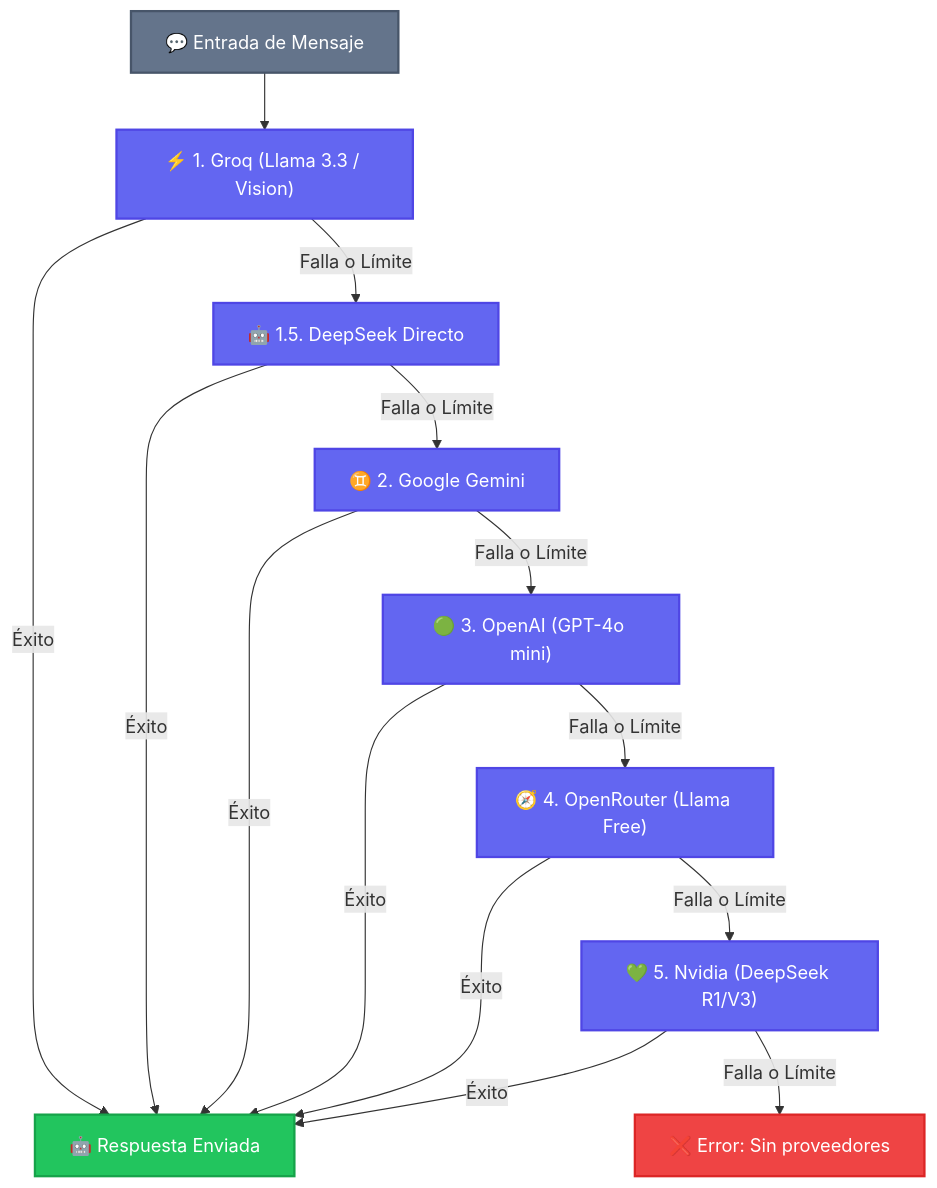
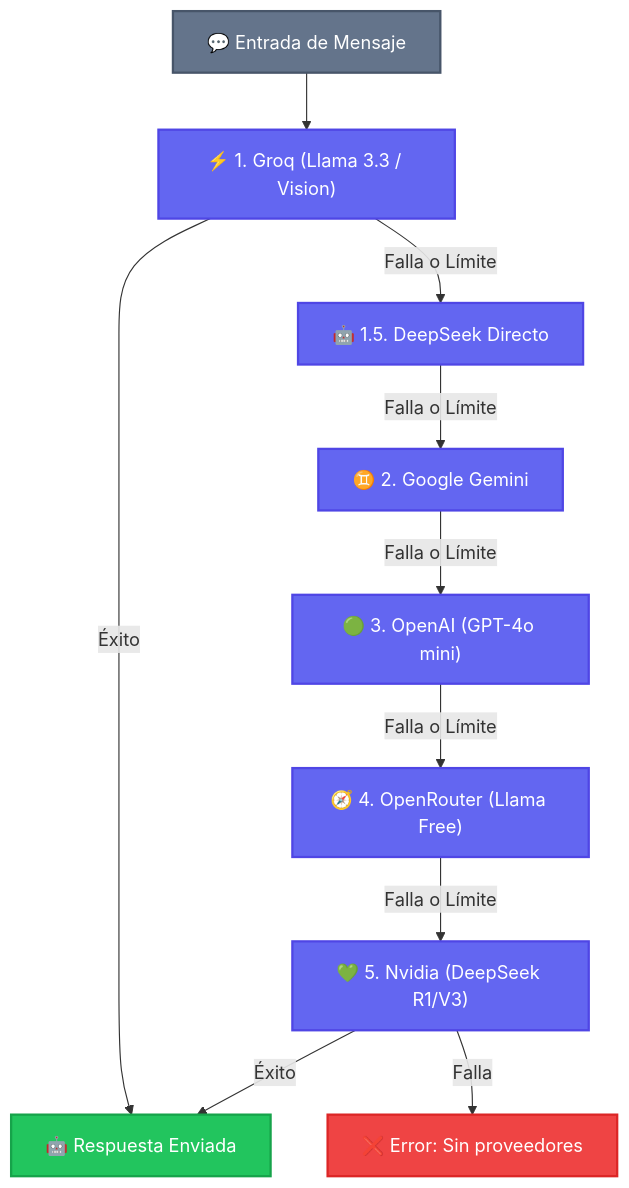
One commit to LedezmaSune/BotMaRe changed the second of 2 diagrams in README.md. Above: the diagram before and after it, drawn with Mermaid. The commit also changed other lines of this file and 2 other files, not shown here.

````diff
--- a/README.md
+++ b/README.md
@@ -81,31 +160,27 @@
 ```mermaid
 flowchart TD
     classDef init fill:#64748b,stroke:#475569,stroke-width:2px,color:#fff;
     classDef success fill:#22c55e,stroke:#16a34a,stroke-width:2px,color:#fff;
     classDef process fill:#6366f1,stroke:#4f46e5,stroke-width:2px,color:#fff;
     classDef error fill:#ef4444,stroke:#dc2626,stroke-width:2px,color:#fff;
 
     Start["💬 Entrada de Mensaje"]:::init
     P1["⚡ 1. Groq (Llama 3.3 / Vision)"]:::process
     P2["🤖 1.5. DeepSeek Directo"]:::process
     P3["♊ 2. Google Gemini"]:::process
     P4["🟢 3. OpenAI (GPT-4o mini)"]:::process
     P5["🧭 4. OpenRouter (Llama Free)"]:::process
     P6["💚 5. Nvidia (DeepSeek R1/V3)"]:::process
     Done["🤖 Respuesta Enviada"]:::success
     Fail["❌ Error: Sin proveedores"]:::error
 
     Start --> P1
     P1 -- "Éxito" --> Done
     P1 -- "Falla o Límite" --> P2
-    P2 -- "Éxito" --> Done
     P2 -- "Falla o Límite" --> P3
-    P3 -- "Éxito" --> Done
     P3 -- "Falla o Límite" --> P4
-    P4 -- "Éxito" --> Done
     P4 -- "Falla o Límite" --> P5
-    P5 -- "Éxito" --> Done
     P5 -- "Falla o Límite" --> P6
     P6 -- "Éxito" --> Done
-    P6 -- "Falla o Límite" --> Fail
+    P6 -- "Falla" --> Fail
 ```
````
